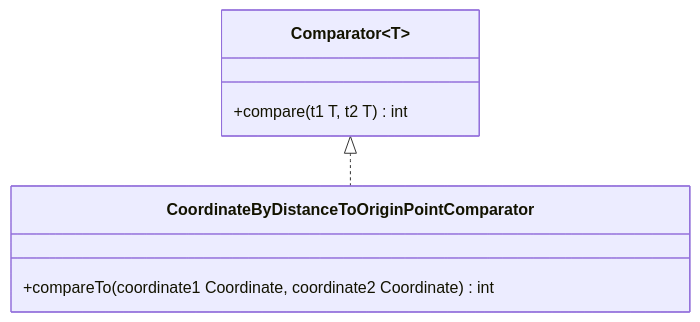
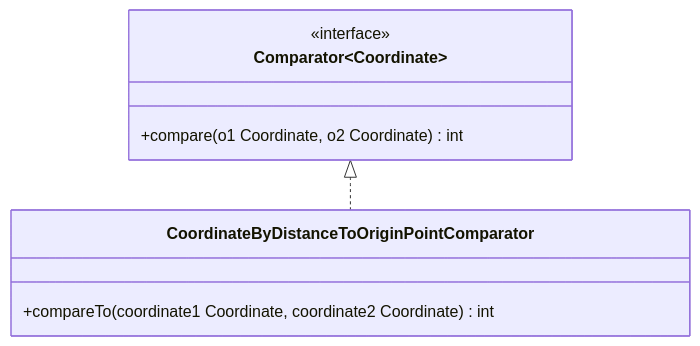
One commit to jappuccini/java-docs changed the diagram in docs/exercises/comparators/comparators02.md. Above: the diagram before and after it, drawn with Mermaid. The commit also changed 17 other files, not shown here.

Commit message:
update cheatsheets, mermaids and test-classes

````diff
--- a/docs/exercises/comparators/comparators02.md
+++ b/docs/exercises/comparators/comparators02.md
@@ -16,12 +16,13 @@
 ```mermaid
 classDiagram
-    Comparator~T~ <|.. CoordinateByDistanceToOriginPointComparator
+    Comparator~Coordinate~ <|.. CoordinateByDistanceToOriginPointComparator
 
     class CoordinateByDistanceToOriginPointComparator {
         +compareTo(coordinate1 Coordinate, coordinate2 Coordinate) int
     }
 
-    class Comparator~T~ {
-        +compare(t1 T, t2 T) int
+    class Comparator~Coordinate~ {
+        <<interface>>
+        +compare(o1 Coordinate, o2 Coordinate) int
     }
 ```
````
